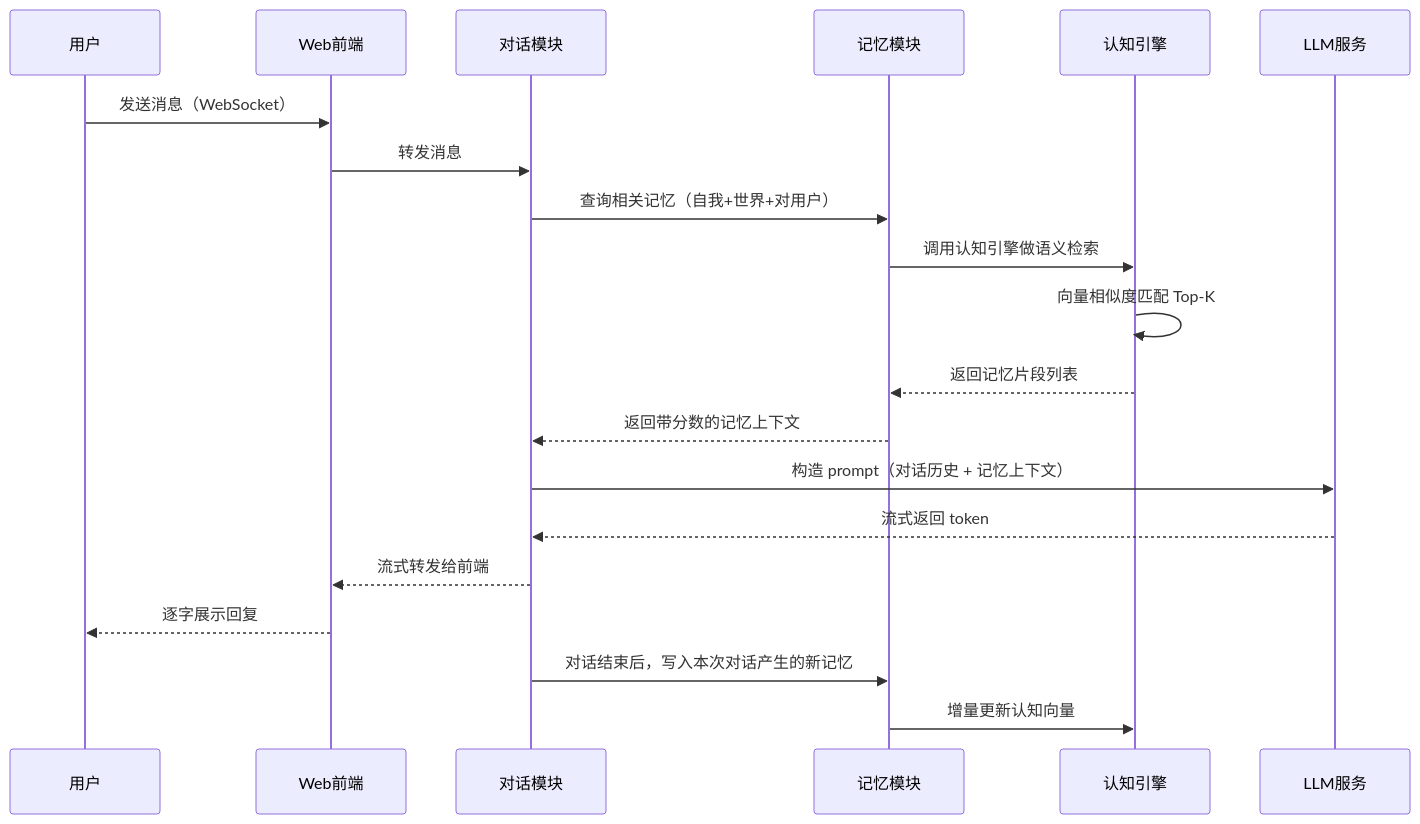
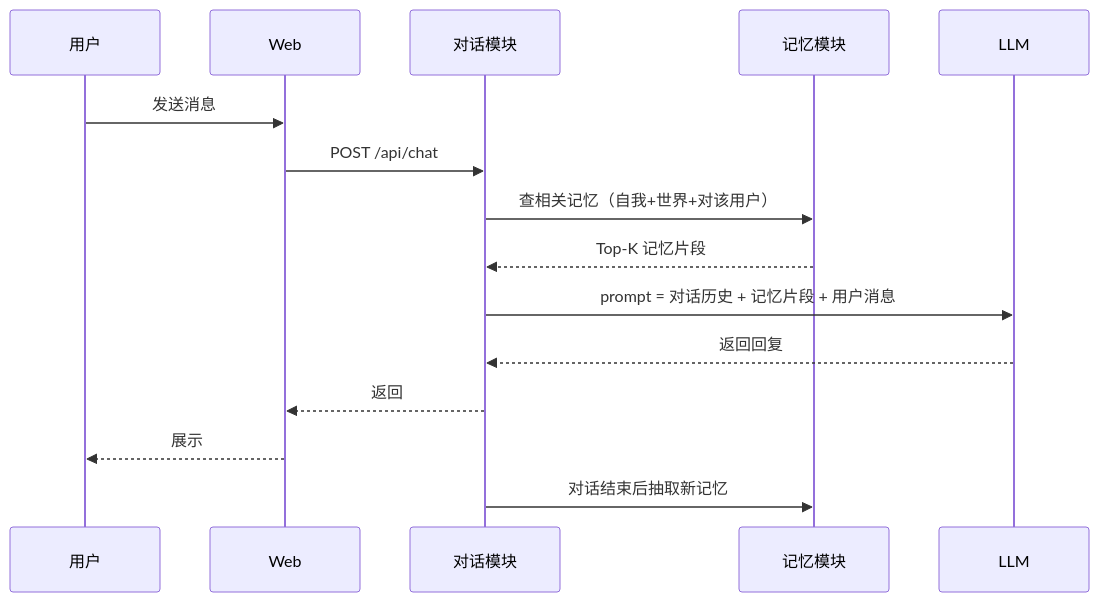
The second of 4 diagrams in docs/智能体产品设计文档.md (go-sailing/meta-world), drawn with Mermaid before and after one commit. The commit also changed other lines of this file, not shown here.

````diff
--- a/docs/智能体产品设计文档.md
+++ b/docs/智能体产品设计文档.md
@@ -233,23 +119,18 @@
 ```mermaid
 sequenceDiagram
     participant U as 用户
-    participant W as Web前端
+    participant W as Web
     participant D as 对话模块
     participant M as 记忆模块
-    participant C as 认知引擎
-    participant L as LLM服务
+    participant L as LLM
 
-    U->>W: 发送消息（WebSocket）
-    W->>D: 转发消息
-    D->>M: 查询相关记忆（自我+世界+对用户）
-    M->>C: 调用认知引擎做语义检索
-    C->>C: 向量相似度匹配 Top-K
-    C-->>M: 返回记忆片段列表
-    M-->>D: 返回带分数的记忆上下文
-    D->>L: 构造 prompt（对话历史 + 记忆上下文）
-    L-->>D: 流式返回 token
-    D-->>W: 流式转发给前端
-    W-->>U: 逐字展示回复
-    D->>M: 对话结束后，写入本次对话产生的新记忆
-    M->>C: 增量更新认知向量
+    U->>W: 发送消息
+    W->>D: POST /api/chat
+    D->>M: 查相关记忆（自我+世界+对该用户）
+    M-->>D: Top-K 记忆片段
+    D->>L: prompt = 对话历史 + 记忆片段 + 用户消息
+    L-->>D: 返回回复
+    D-->>W: 返回
+    W-->>U: 展示
+    D->>M: 对话结束后抽取新记忆
 ```
````
